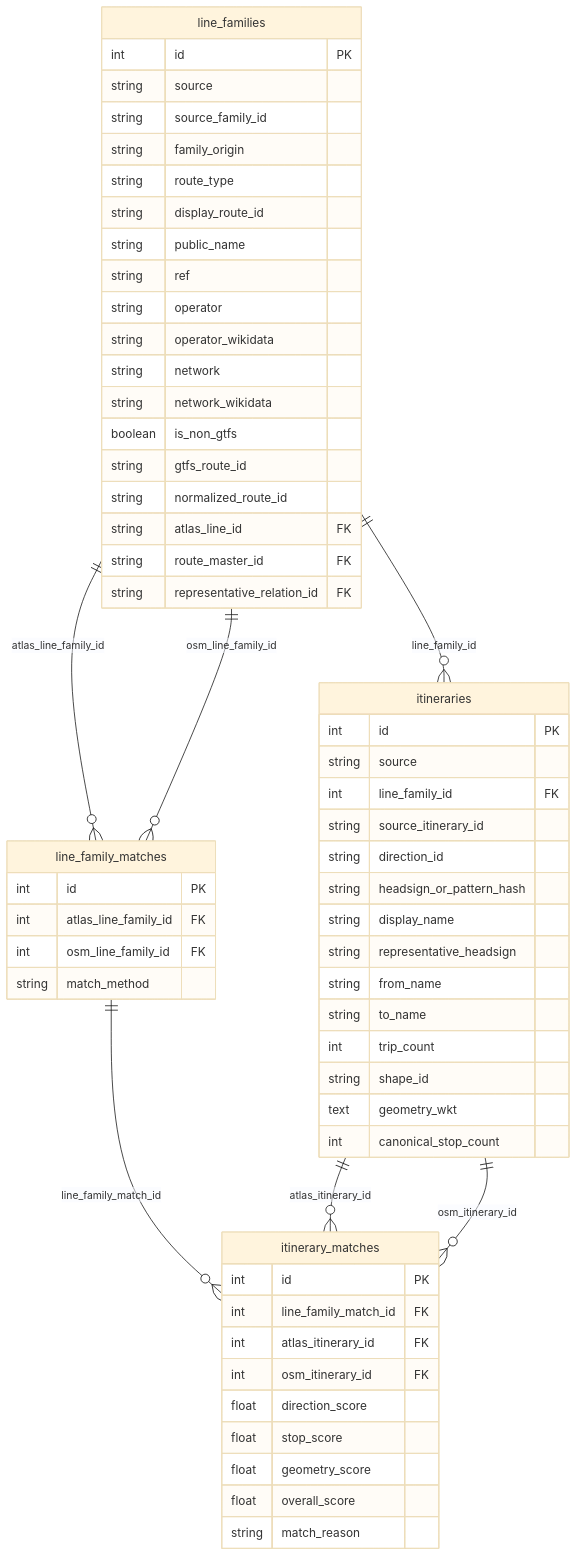
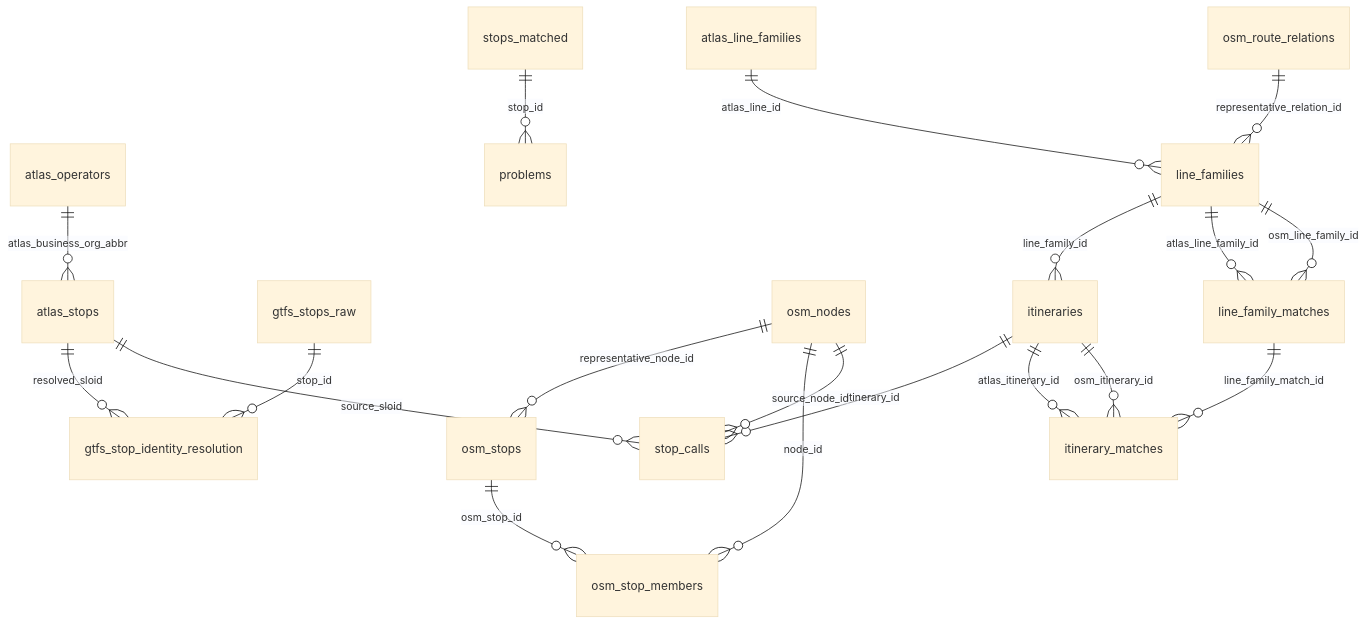
One commit to openTdataCH/stop_sync_osm_atlas changed the diagram in documentation/5. Database.md. Above: the diagram before and after it, drawn with Mermaid (base theme). The commit also changed other lines of this file and 28 other files, not shown here.

````diff
--- a/documentation/5. Database.md
+++ b/documentation/5. Database.md
@@ -553,66 +55,24 @@
 ```mermaid
 erDiagram
-    line_families {
-        int id PK
-        string source
-        string source_family_id
-        string family_origin
-        string route_type
-        string display_route_id
-        string public_name
-        string ref
-        string operator
-        string operator_wikidata
-        string network
-        string network_wikidata
-        boolean is_non_gtfs
-        string gtfs_route_id
-        string normalized_route_id
-        string atlas_line_id FK
-        string route_master_id FK
-        string representative_relation_id FK
-    }
+    atlas_operators ||--o{ atlas_stops : atlas_business_org_abbr
+    gtfs_stops_raw ||--o{ gtfs_stop_identity_resolution : stop_id
+    atlas_stops ||--o{ gtfs_stop_identity_resolution : resolved_sloid
 
-    itineraries {
-        int id PK
-        string source
-        int line_family_id FK
-        string source_itinerary_id
-        string direction_id
-        string headsign_or_pattern_hash
-        string display_name
-        string representative_headsign
-        string from_name
-        string to_name
-        int trip_count
-        string shape_id
-        text geometry_wkt
-        int canonical_stop_count
-    }
+    osm_nodes ||--o{ osm_stops : representative_node_id
+    osm_stops ||--o{ osm_stop_members : osm_stop_id
+    osm_nodes ||--o{ osm_stop_members : node_id
+    stops_matched ||--o{ problems : stop_id
 
-    line_family_matches {
-        int id PK
-        int atlas_line_family_id FK
-        int osm_line_family_id FK
-        string match_method
-    }
+    atlas_line_families ||--o{ line_families : atlas_line_id
+    osm_route_relations ||--o{ line_families : representative_relation_id
+    line_families ||--o{ itineraries : line_family_id
+    itineraries ||--o{ stop_calls : itinerary_id
+    atlas_stops ||--o{ stop_calls : source_sloid
+    osm_nodes ||--o{ stop_calls : source_node_id
 
-    itinerary_matches {
-        int id PK
-        int line_family_match_id FK
-        int atlas_itinerary_id FK
-        int osm_itinerary_id FK
-        float direction_score
-        float stop_score
-        float geometry_score
-        float overall_score
-        string match_reason
-    }
-
-    line_families ||--o{ itineraries : "line_family_id"
-    line_families ||--o{ line_family_matches : "atlas_line_family_id"
-    line_families ||--o{ line_family_matches : "osm_line_family_id"
-    line_family_matches ||--o{ itinerary_matches : "line_family_match_id"
-    itineraries ||--o{ itinerary_matches : "atlas_itinerary_id"
-    itineraries ||--o{ itinerary_matches : "osm_itinerary_id"
+    line_families ||--o{ line_family_matches : atlas_line_family_id
+    line_families ||--o{ line_family_matches : osm_line_family_id
+    line_family_matches ||--o{ itinerary_matches : line_family_match_id
+    itineraries ||--o{ itinerary_matches : atlas_itinerary_id
+    itineraries ||--o{ itinerary_matches : osm_itinerary_id
 ```
````
